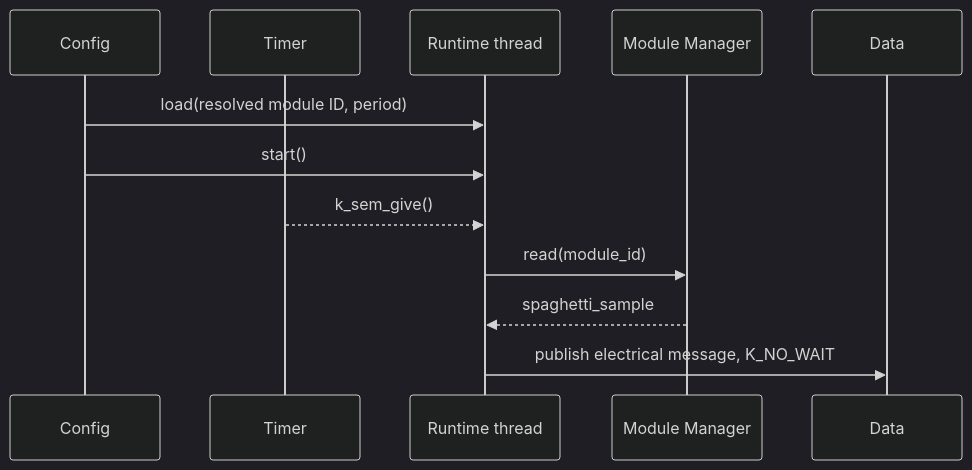
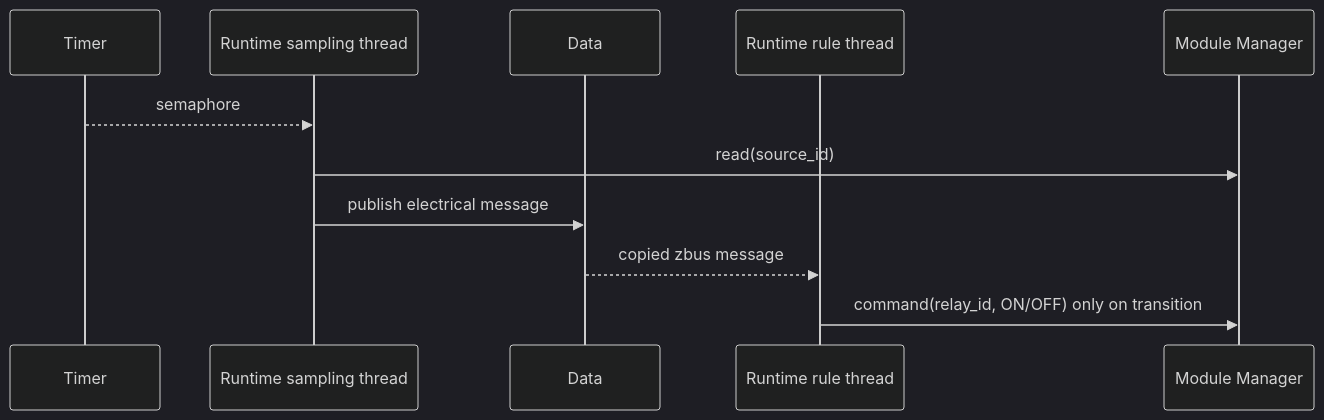
One commit to andreapiccini/SpaghettiLAB changed the diagram in Firmware/core/subsys/runtime/README.md. Above: the diagram before and after it, drawn with Mermaid (dark theme). The commit also changed other lines of this file and 33 other files, not shown here.

Commit message:
Relay + Runtime V1

````diff
--- a/Firmware/core/subsys/runtime/README.md
+++ b/Firmware/core/subsys/runtime/README.md
@@ -55,14 +56,13 @@
 ```mermaid
 sequenceDiagram
-    participant Config
     participant Timer
-    participant Runtime as Runtime thread
+    participant Sampling as Runtime sampling thread
+    participant Data
+    participant Rule as Runtime rule thread
     participant Manager as Module Manager
-    participant Data
-    Config->>Runtime: load(resolved module ID, period)
-    Config->>Runtime: start()
-    Timer-->>Runtime: k_sem_give()
-    Runtime->>Manager: read(module_id)
-    Manager-->>Runtime: spaghetti_sample
-    Runtime->>Data: publish electrical message, K_NO_WAIT
+    Timer-->>Sampling: semaphore
+    Sampling->>Manager: read(source_id)
+    Sampling->>Data: publish electrical message
+    Data-->>Rule: copied zbus message
+    Rule->>Manager: command(relay_id, ON/OFF) only on transition
 ```
````
